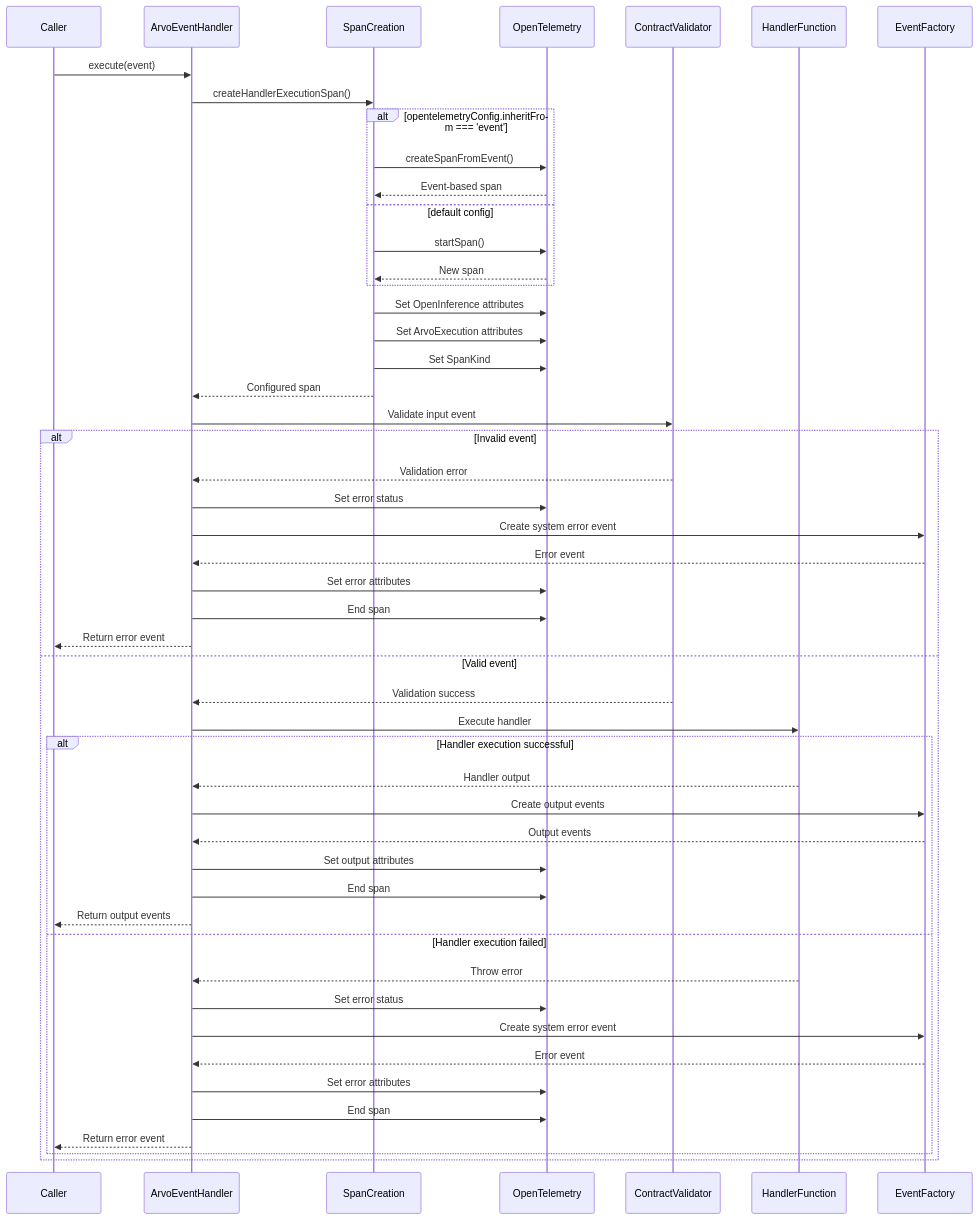
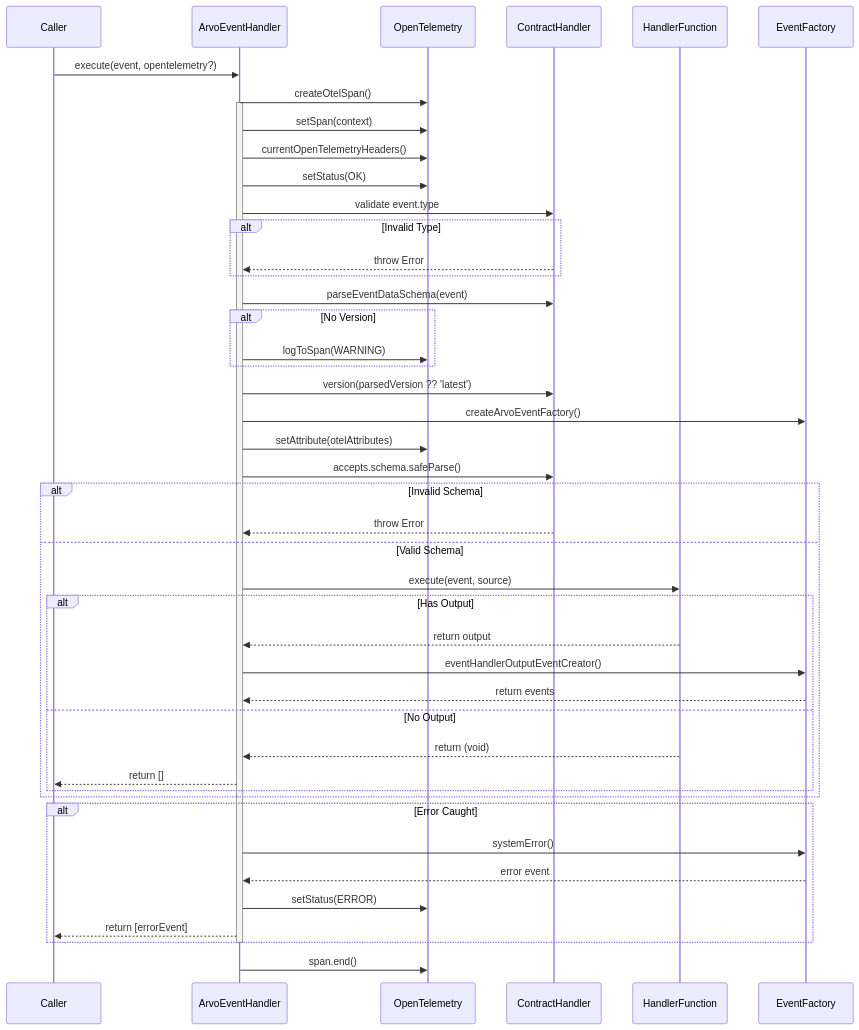
Before and after one commit to SaadAhmad123/arvo-event-handler: the second of 2 diagrams in src/ArvoEventHandler/ExecutionDiagrams.md, drawn with Mermaid. The commit also changed other lines of this file and 11 other files, not shown here.

````diff
--- a/src/ArvoEventHandler/ExecutionDiagrams.md
+++ b/src/ArvoEventHandler/ExecutionDiagrams.md
@@ -71,59 +71,57 @@
 ```mermaid
 sequenceDiagram
     participant Caller
     participant Handler as ArvoEventHandler
-    participant Span as SpanCreation
     participant OTel as OpenTelemetry
-    participant Validator as ContractValidator
-    participant Function as HandlerFunction
+    participant Contract as ContractHandler
+    participant HandlerFn as HandlerFunction
     participant Factory as EventFactory
 
-    Caller->>Handler: execute(event)
+    Caller->>Handler: execute(event, opentelemetry?)
+    Handler->>OTel: createOtelSpan()
+    activate Handler
+
+    Handler->>OTel: setSpan(context)
+    Handler->>OTel: currentOpenTelemetryHeaders()
+    Handler->>OTel: setStatus(OK)
+
+    Handler->>Contract: validate event.type
+    alt Invalid Type
+        Contract-->>Handler: throw Error
+    end
+
+    Handler->>Contract: parseEventDataSchema(event)
+    alt No Version
+        Handler->>OTel: logToSpan(WARNING)
+    end
+
+    Handler->>Contract: version(parsedVersion ?? 'latest')
+    Handler->>Factory: createArvoEventFactory()
     
-    Handler->>Span: createHandlerExecutionSpan()
+    Handler->>OTel: setAttribute(otelAttributes)
+    Handler->>Contract: accepts.schema.safeParse()
     
-    alt opentelemetryConfig.inheritFrom === 'event'
-        Span->>OTel: createSpanFromEvent()
-        OTel-->>Span: Event-based span
-    else default config
-        Span->>OTel: startSpan()
-        OTel-->>Span: New span
-    end
-    
-    Span->>OTel: Set OpenInference attributes
-    Span->>OTel: Set ArvoExecution attributes
-    Span->>OTel: Set SpanKind
-    Span-->>Handler: Configured span
-
-    Handler->>Validator: Validate input event
-    
-    alt Invalid event
-        Validator-->>Handler: Validation error
-        Handler->>OTel: Set error status
-        Handler->>Factory: Create system error event
-        Factory-->>Handler: Error event
-        Handler->>OTel: Set error attributes
-        Handler->>OTel: End span
-        Handler-->>Caller: Return error event
-    else Valid event
-        Validator-->>Handler: Validation success
-        Handler->>Function: Execute handler
-
-        alt Handler execution successful
-            Function-->>Handler: Handler output
-            Handler->>Factory: Create output events
-            Factory-->>Handler: Output events
-            Handler->>OTel: Set output attributes
-            Handler->>OTel: End span
-            Handler-->>Caller: Return output events
-        else Handler execution failed
-            Function-->>Handler: Throw error
-            Handler->>OTel: Set error status
-            Handler->>Factory: Create system error event
-            Factory-->>Handler: Error event
-            Handler->>OTel: Set error attributes
-            Handler->>OTel: End span
-            Handler-->>Caller: Return error event
+    alt Invalid Schema
+        Contract-->>Handler: throw Error
+    else Valid Schema
+        Handler->>HandlerFn: execute(event, source)
+        alt Has Output
+            HandlerFn-->>Handler: return output
+            Handler->>Factory: eventHandlerOutputEventCreator()
+            Factory-->>Handler: return events
+        else No Output
+            HandlerFn-->>Handler: return (void)
+            Handler-->>Caller: return []
         end
     end
+
+    alt Error Caught
+        Handler->>Factory: systemError()
+        Factory-->>Handler: error event
+        Handler->>OTel: setStatus(ERROR)
+        Handler-->>Caller: return [errorEvent]
+    end
+
+    deactivate Handler
+    Handler->>OTel: span.end()
 ```
````
